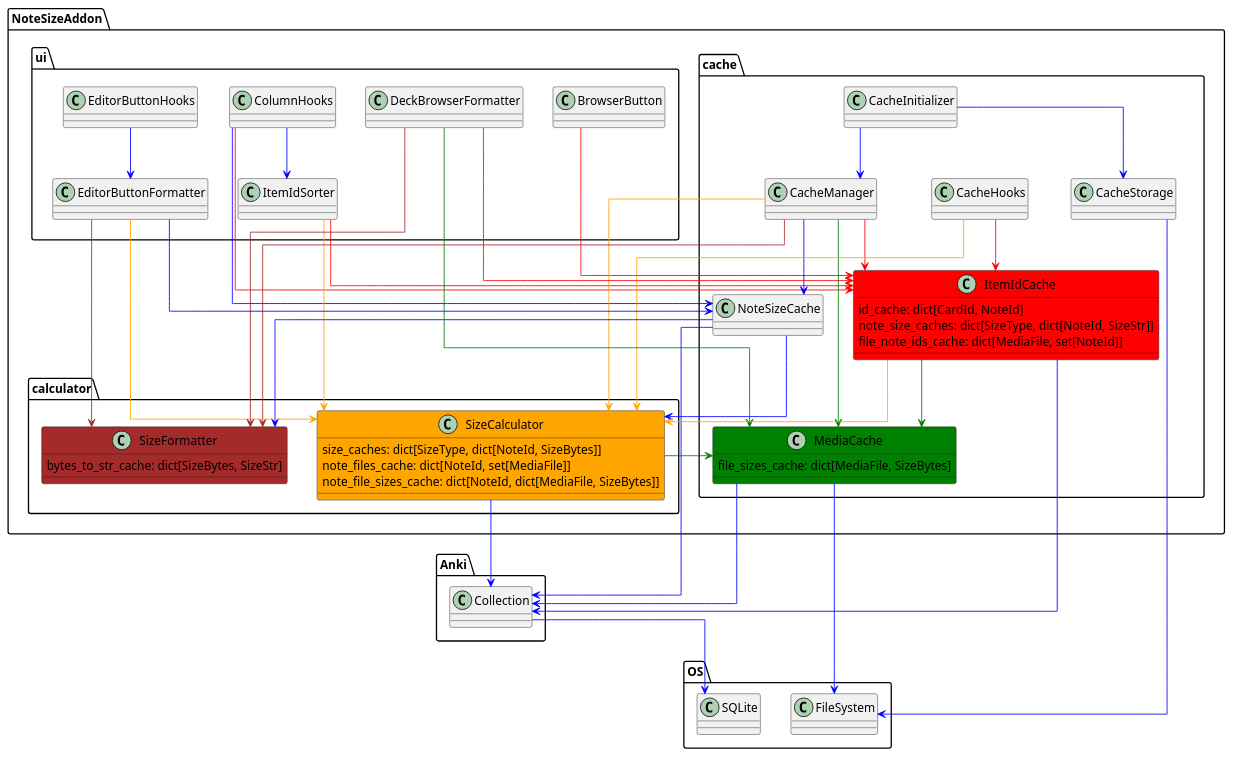
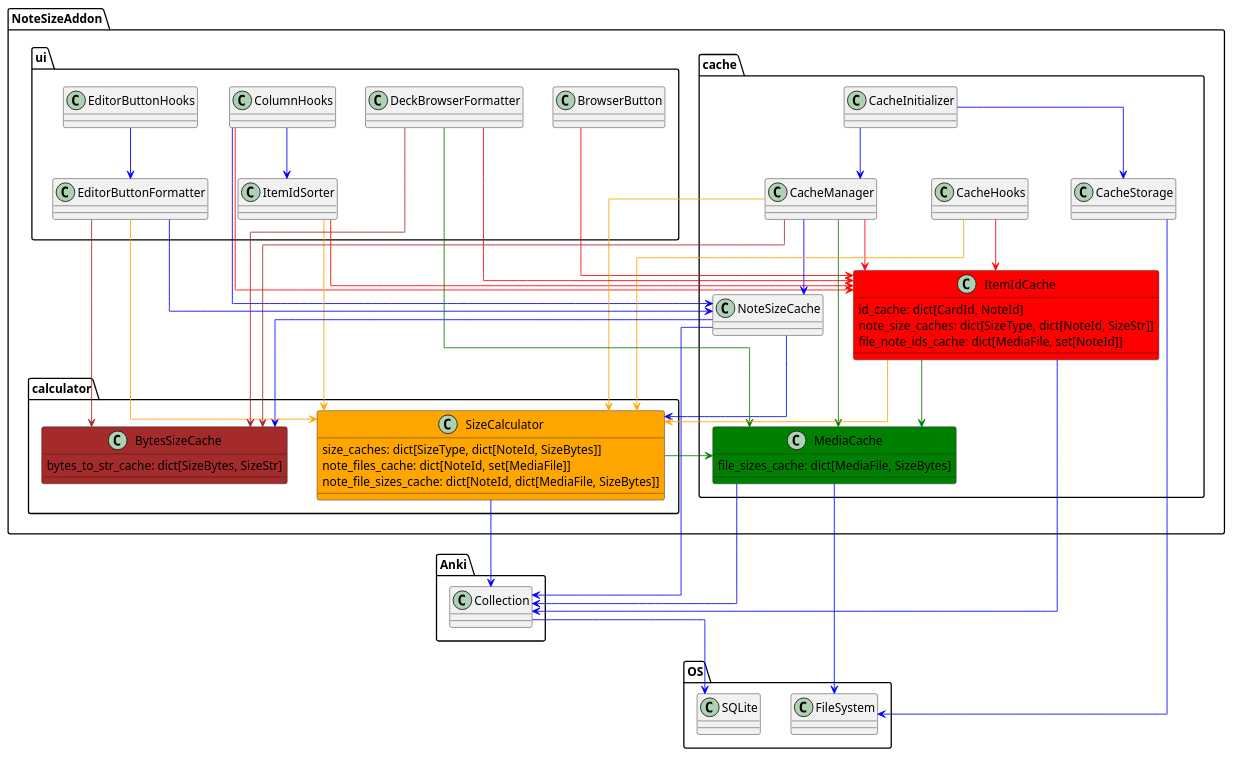
The diagram in docs-template/uml/cache-class-diagram.puml (Aleks-Ya/note-size-anki-addon), drawn with PlantUML before and after one commit. The commit also changed 18 other files, not shown here.

Commit message:
Rename SizeFormatter to BytesSizeCache

```diff
--- a/docs-template/uml/cache-class-diagram.puml
+++ b/docs-template/uml/cache-class-diagram.puml
@@ -1,109 +1,109 @@
 @startuml
 skinparam linetype ortho
 skinparam class {
     ArrowColor blue
 }
 'https://plantuml.com/class-diagram
 
 package OS {
     class SQLite
     class FileSystem
 }
 
 package Anki {
     class Collection
 }
 
 package NoteSizeAddon {
 
     package calculator {
         class SizeCalculator #orange {
             size_caches: dict[SizeType, dict[NoteId, SizeBytes]]
             note_files_cache: dict[NoteId, set[MediaFile]]
             note_file_sizes_cache: dict[NoteId, dict[MediaFile, SizeBytes]]
         }
-        class SizeFormatter #brown {
+        class BytesSizeCache #brown {
             bytes_to_str_cache: dict[SizeBytes, SizeStr]
         }
     }
 
     package cache {
         class CacheManager
         class CacheHooks
         class ItemIdCache #red {
             id_cache: dict[CardId, NoteId]
             note_size_caches: dict[SizeType, dict[NoteId, SizeStr]]
             file_note_ids_cache: dict[MediaFile, set[NoteId]]
         }
         class MediaCache #green {
             file_sizes_cache: dict[MediaFile, SizeBytes]
         }
         class CacheInitializer
         class CacheStorage
         class NoteSizeCache
     }
 
     package ui {
         together {
                 class EditorButtonHooks
             class EditorButtonFormatter
         }
         class BrowserButton
         class DeckBrowserFormatter
         together {
             class ColumnHooks
             class ItemIdSorter
         }
     }
 }
 
 BrowserButton --> ItemIdCache #red
 
 EditorButtonHooks --> EditorButtonFormatter
 
 ColumnHooks --> ItemIdCache #red
 ColumnHooks --> ItemIdSorter
 ColumnHooks --> NoteSizeCache
 
 ItemIdSorter --> ItemIdCache #red
 ItemIdSorter --> SizeCalculator #orange
 
 CacheInitializer --> CacheManager
 CacheInitializer --> CacheStorage
 
 CacheManager --> MediaCache #green
 CacheManager --> ItemIdCache #red
 CacheManager --> SizeCalculator #orange
-CacheManager --> SizeFormatter #brown
+CacheManager --> BytesSizeCache #brown
 CacheManager --> NoteSizeCache
 
 CacheHooks --> ItemIdCache #red
 CacheHooks --> SizeCalculator #orange
 
 NoteSizeCache --> Collection
 NoteSizeCache --> SizeCalculator
-NoteSizeCache --> SizeFormatter
+NoteSizeCache --> BytesSizeCache
 
 Collection --> SQLite
 
 EditorButtonFormatter --> NoteSizeCache
 EditorButtonFormatter --> SizeCalculator #orange
-EditorButtonFormatter --> SizeFormatter #brown
+EditorButtonFormatter --> BytesSizeCache #brown
 
 DeckBrowserFormatter --> ItemIdCache #red
 DeckBrowserFormatter --> MediaCache #green
-DeckBrowserFormatter --> SizeFormatter #brown
+DeckBrowserFormatter --> BytesSizeCache #brown
 
 SizeCalculator --> Collection
 SizeCalculator --> MediaCache #green
 
 CacheStorage --> FileSystem
 
 ItemIdCache --> Collection
 ItemIdCache --> SizeCalculator #orange
 ItemIdCache --> MediaCache #green
 
 MediaCache --> Collection
 MediaCache --> FileSystem
 
 @enduml
```
